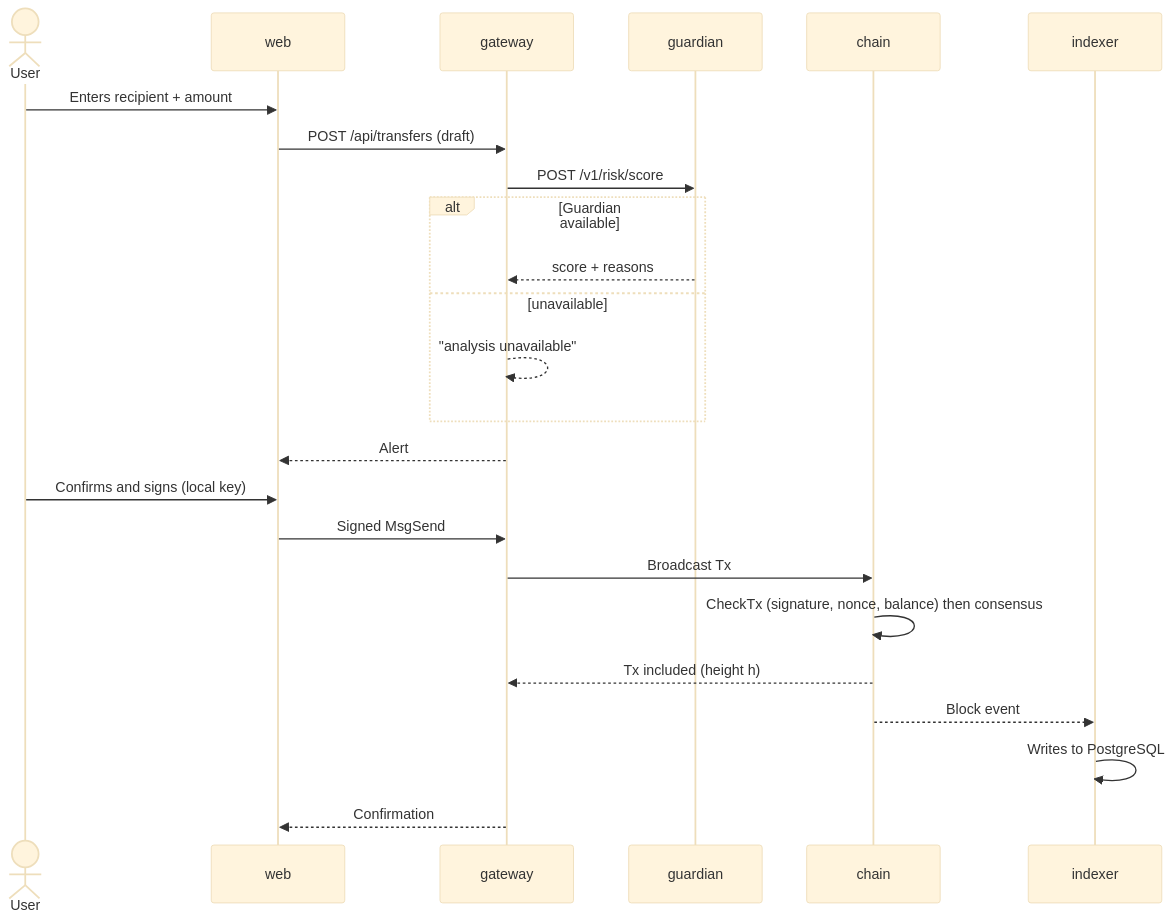
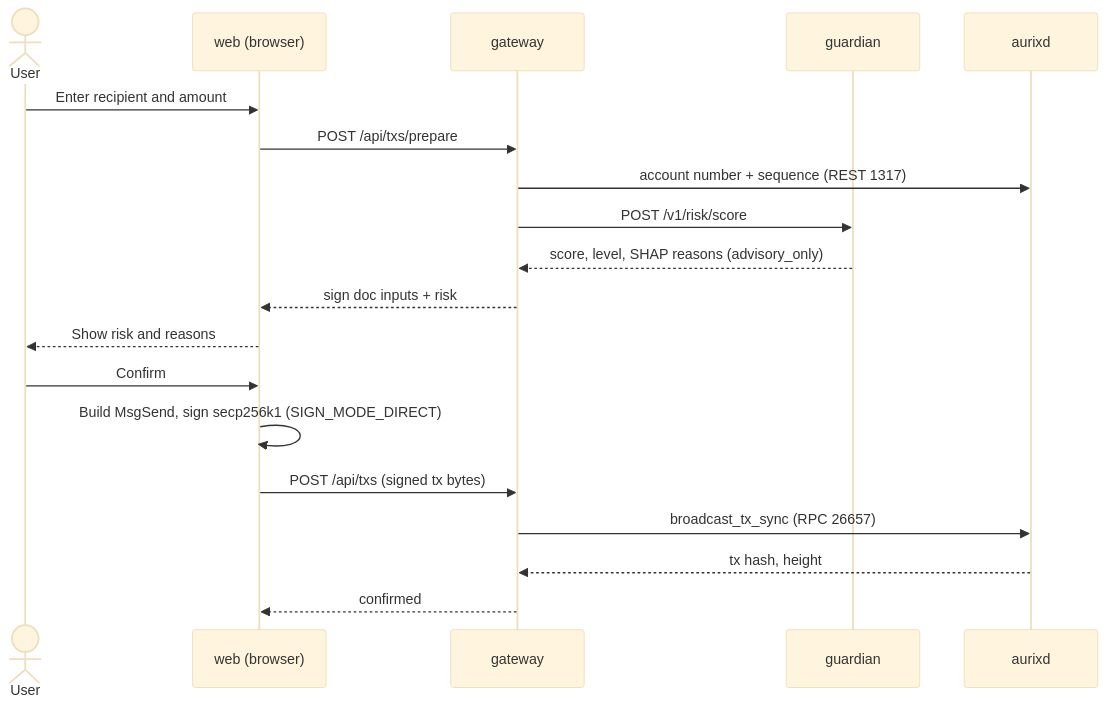
The fourth of 11 diagrams in docs/architecture/diagrams.md (joeylukoji/Aurix), drawn with Mermaid (base theme) before and after one commit. The commit also changed other lines of this file and 7 other files, not shown here.

Commit message:
docs: as-built architecture, sprint status, Devpost description and demo script

````diff
--- a/docs/architecture/diagrams.md
+++ b/docs/architecture/diagrams.md
@@ -70,26 +69,21 @@
 ```mermaid
 sequenceDiagram
     actor U as User
-    participant W as web
+    participant W as web (browser)
     participant G as gateway
     participant N as guardian
-    participant C as chain
-    participant I as indexer
-    U->>W: Enters recipient + amount
-    W->>G: POST /api/transfers (draft)
+    participant C as aurixd
+    U->>W: Enter recipient and amount
+    W->>G: POST /api/txs/prepare
+    G->>C: account number + sequence (REST 1317)
     G->>N: POST /v1/risk/score
-    alt Guardian available
-        N-->>G: score + reasons
-    else unavailable
-        G-->>G: "analysis unavailable"
-    end
-    G-->>W: Alert
-    U->>W: Confirms and signs (local key)
-    W->>G: Signed MsgSend
-    G->>C: Broadcast Tx
-    C->>C: CheckTx (signature, nonce, balance) then consensus
-    C-->>G: Tx included (height h)
-    C-->>I: Block event
-    I->>I: Writes to PostgreSQL
-    G-->>W: Confirmation
+    N-->>G: score, level, SHAP reasons (advisory_only)
+    G-->>W: sign doc inputs + risk
+    W-->>U: Show risk and reasons
+    U->>W: Confirm
+    W->>W: Build MsgSend, sign secp256k1 (SIGN_MODE_DIRECT)
+    W->>G: POST /api/txs (signed tx bytes)
+    G->>C: broadcast_tx_sync (RPC 26657)
+    C-->>G: tx hash, height
+    G-->>W: confirmed
 ```
````
